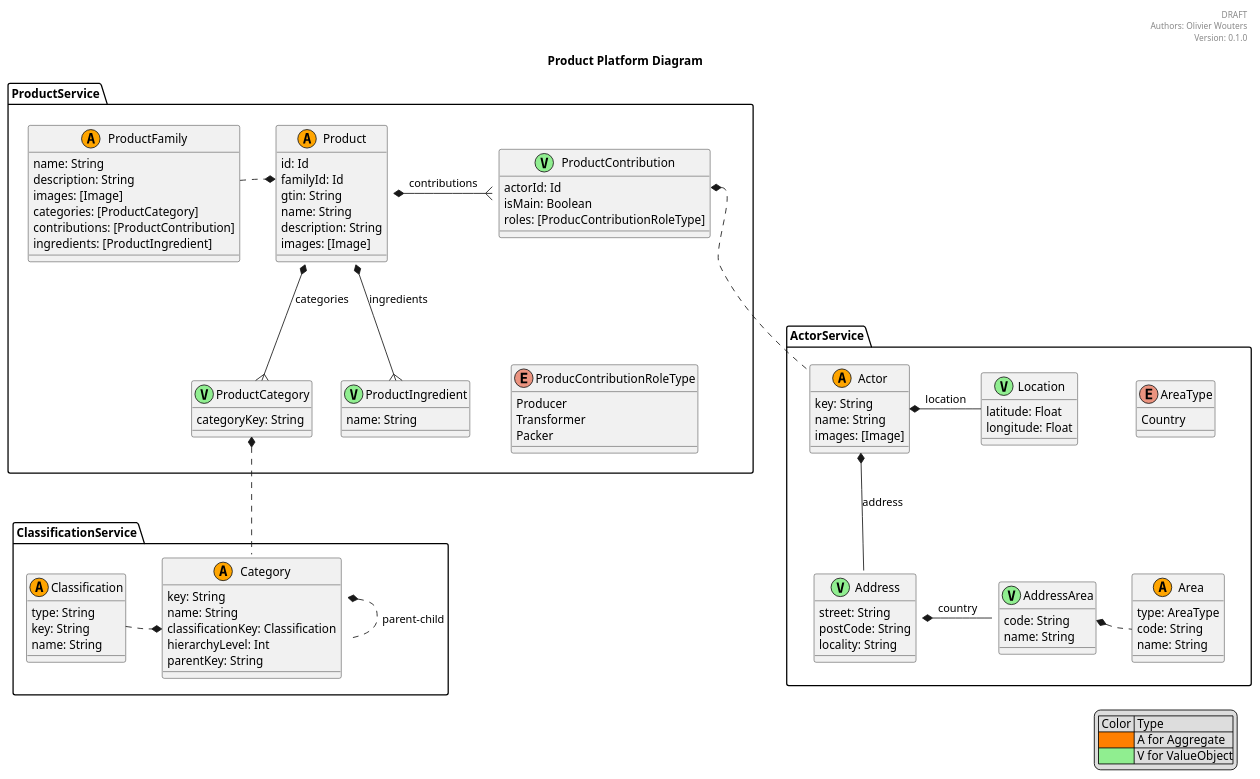
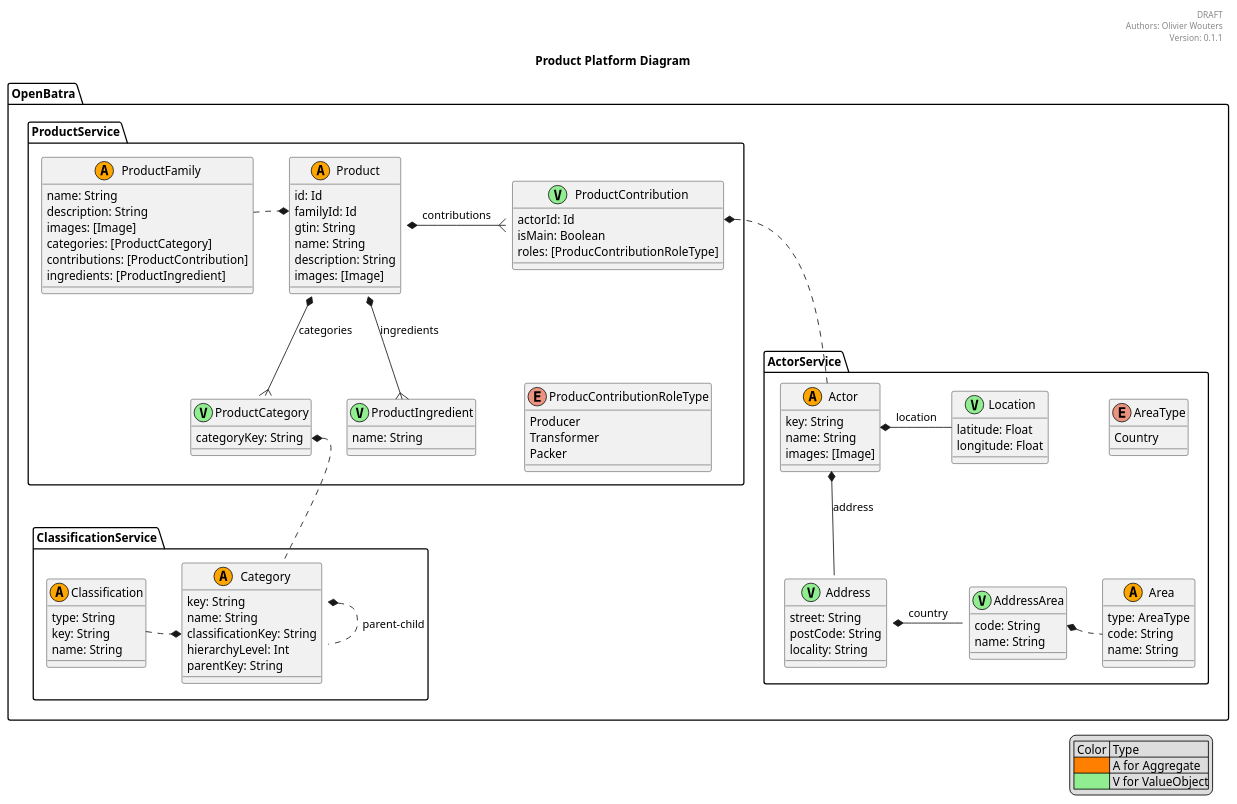
Before and after one commit to digicirco/short-supply-chains-model: the diagram in product_platform_diagram.puml, drawn with PlantUML.

Commit message:
add namespace information in plantUML diagram

```diff
--- a/product_platform_diagram.puml
+++ b/product_platform_diagram.puml
@@ -1,137 +1,137 @@
 @startuml
 
 header
 DRAFT
 Authors: Olivier Wouters
-Version: 0.1.0
+Version: 0.1.1
 endheader
 
 legend right
     | Color | Type |
     |<#ff7f00>| A for Aggregate|
     |<#90ee90>| V for ValueObject|
 endlegend
 
 title Product Platform Diagram
 
-package ProductService {
-
-  class Product << (A,orange) >> {
-    id: Id
-    familyId: Id
-    gtin: String
-    name: String
-    description: String
-    images: [Image]
+namespace OpenBatra {
+  
+  namespace ActorService {
+  
+    class Actor << (A,orange) >> {
+      key: String
+      name: String
+      images: [Image]
+    }
+    
+    Actor *-down- Address : address
+    Actor *-right- Location : location
+    
+    class Address << (V,lightgreen) >> {
+      street: String
+      postCode: String
+      locality: String
+    }
+    
+    Address::country *-right- AddressArea : country
+    
+    class AddressArea << (V,lightgreen) >> {
+      code: String
+      name: String
+    }
+    
+    AddressArea::code *.right. Area
+    
+    class Area << (A,orange) >> {
+      type: AreaType
+      code: String
+      name: String
+    }
+    
+    Area .up[hidden]. AreaType
+    
+    enum AreaType {
+        Country
+    }
+    
+    class Location << (V,lightgreen) >> {
+        latitude: Float
+        longitude: Float
+    }
+  
   }
   
-  Product *-right-{ ProductContribution : contributions
-  Product *-down-{ ProductCategory :  categories
-  Product::familyId *.left. ProductFamily
-  Product *--{ ProductIngredient : ingredients
-  
-  class ProductContribution << (V,lightgreen) >> {
-      actorId: Id
-      isMain: Boolean
-      roles: [ProducContributionRoleType]
+  namespace ClassificationService {
+    
+    class Classification << (A,orange) >> {
+      type: String
+      key: String
+      name: String
+    }
+    
+    class Category << (A,orange) >> {
+      key: String
+      name: String
+      classificationKey: String
+      hierarchyLevel: Int
+      parentKey: String
+    }
+    
+    Category::classificationKey *.left. Classification
+    Category *.right. Category : parent-child
   }
   
-  ProductContribution -down[hidden]- ProducContributionRoleType
+  namespace ProductService {
   
-  enum ProducContributionRoleType {
-    Producer
-    Transformer
-    Packer
-  }
+    class Product << (A,orange) >> {
+      id: Id
+      familyId: Id
+      gtin: String
+      name: String
+      description: String
+      images: [Image]
+    }
+    
+    Product *-right-{ ProductContribution : contributions
+    Product *-down-{ ProductCategory :  categories
+    Product::familyId *.left. ProductFamily
+    Product *--{ ProductIngredient : ingredients
+    
+    class ProductContribution << (V,lightgreen) >> {
+        actorId: Id
+        isMain: Boolean
+        roles: [ProducContributionRoleType]
+    }
+    
+   ProductContribution::actorId *..  OpenBatra.ActorService.Actor
+    
+    ProductContribution -down[hidden]- ProducContributionRoleType
+    
+    enum ProducContributionRoleType {
+      Producer
+      Transformer
+      Packer
+    }
+    
+    class ProductCategory << (V,lightgreen) >> {
+      categoryKey: String
+    }
   
-  class ProductCategory << (V,lightgreen) >> {
-    categoryKey: String
-  }
-  
-  class ProductIngredient << (V,lightgreen) >> {
+    ProductCategory::categoryKey *.down. OpenBatra.ClassificationService.Category
+    
+    class ProductIngredient << (V,lightgreen) >> {
+        name: String
+    }
+    
+    class ProductFamily << (A,orange) >> {
       name: String
-  }
-  
-  class ProductFamily << (A,orange) >> {
-    name: String
-    description: String
-    images: [Image]
-    categories: [ProductCategory]
-    contributions: [ProductContribution]
-    ingredients: [ProductIngredient]
-  }
-}
-
-ProductService -right[hidden]- ActorService
-
-package ActorService {
-
-  ProductContribution::actorId *.. Actor
-
-  class Actor << (A,orange) >> {
-    key: String
-    name: String
-    images: [Image]
-  }
-  
-  Actor *-down- Address : address
-  Actor *-right- Location : location
-  
-  class Address << (V,lightgreen) >> {
-    street: String
-    postCode: String
-    locality: String
-  }
-  
-  Address::country *-right- AddressArea : country
-  
-  class AddressArea << (V,lightgreen) >> {
-    code: String
-    name: String
-  }
-  
-  AddressArea::code *.right. Area
-  
-  class Area << (A,orange) >> {
-    type: AreaType
-    code: String
-    name: String
-  }
-  
-  Area .up[hidden]. AreaType
-  
-  enum AreaType {
-      Country
-  }
-  
-  class Location << (V,lightgreen) >> {
-      latitude: Float
-      longitude: Float
-  }
-
-}
-
-
-package ClassificationService {
-
-  ProductCategory *.down. Category
-  
-  class Classification << (A,orange) >> {
-    type: String
-    key: String
-    name: String
-  }
-  
-  Category::classificationKey *.left. Classification
-  Category *.right. Category : parent-child
-  
-  class Category << (A,orange) >> {
-    key: String
-    name: String
-    classificationKey: Classification
-    hierarchyLevel: Int
-    parentKey: String
+      description: String
+      images: [Image]
+      categories: [ProductCategory]
+      contributions: [ProductContribution]
+      ingredients: [ProductIngredient]
+    }
   }
 }
 
 @enduml
```
